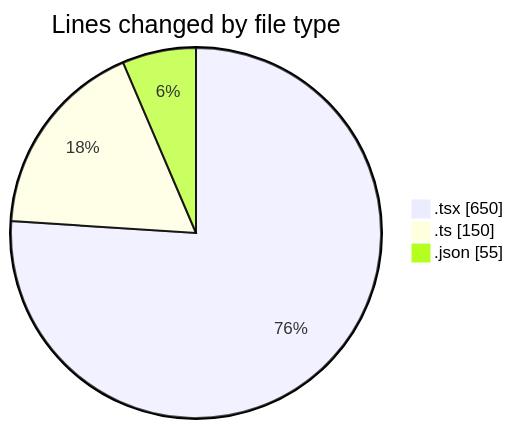
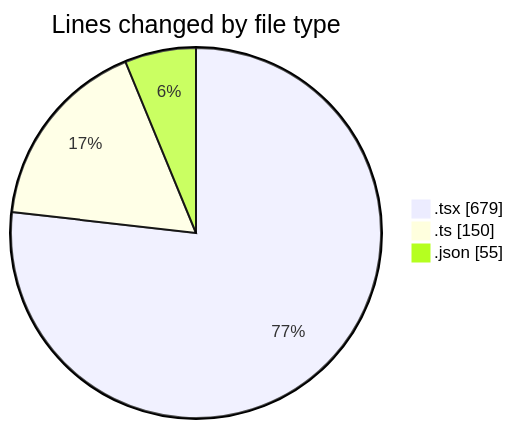
Before and after one commit to julien-gomy/code-tracking: the first of 2 diagrams in 2025-10-21/eventscop-frontend-guide__workspace_/README.md, drawn with Mermaid. The commit also changed other lines of this file and 1 other file, not shown here.

````diff
--- a/2025-10-21/eventscop-frontend-guide__workspace_/README.md
+++ b/2025-10-21/eventscop-frontend-guide__workspace_/README.md
@@ -29,7 +30,7 @@
 ```mermaid
 pie showData
 title Lines changed by file type
-".tsx" : 650
+".tsx" : 679
 ".ts" : 150
 ".json" : 55
 ```
````
